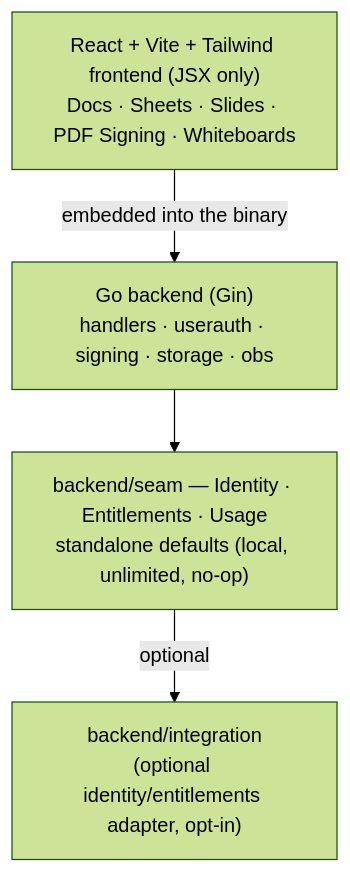
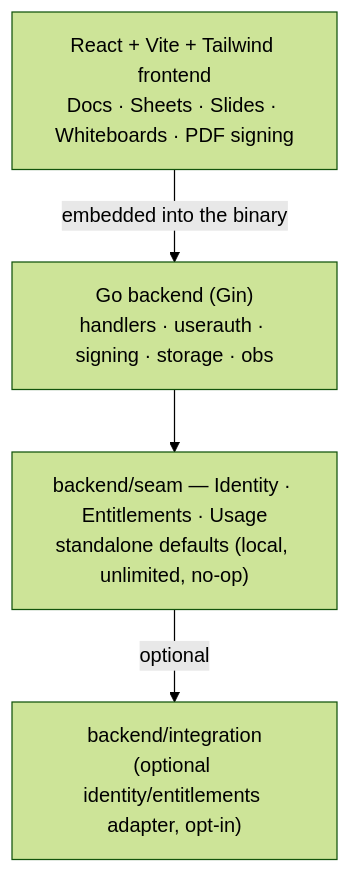
The second of 2 diagrams in README.md (vul-os/ofisi), drawn with Mermaid (forest theme) before and after one commit. The commit also changed other lines of this file and 24 other files, not shown here.

````diff
--- a/README.md
+++ b/README.md
@@ -148,10 +152,10 @@
 ```mermaid
 flowchart TD
-    FE["React + Vite + Tailwind frontend (JSX only)<br/>Docs · Sheets · Slides · PDF Signing · Whiteboards"]
+    FE["React + Vite + Tailwind frontend<br/>Docs · Sheets · Slides · Whiteboards · PDF signing"]
     BE["Go backend (Gin)<br/>handlers · userauth · signing · storage · obs"]
     Seam["backend/seam — Identity · Entitlements · Usage<br/>standalone defaults (local, unlimited, no-op)"]
     Adapter["backend/integration<br/>(optional identity/entitlements adapter, opt-in)"]
     FE -->|"embedded into the binary"| BE
     BE --> Seam
     Seam -->|optional| Adapter
 ```
````
